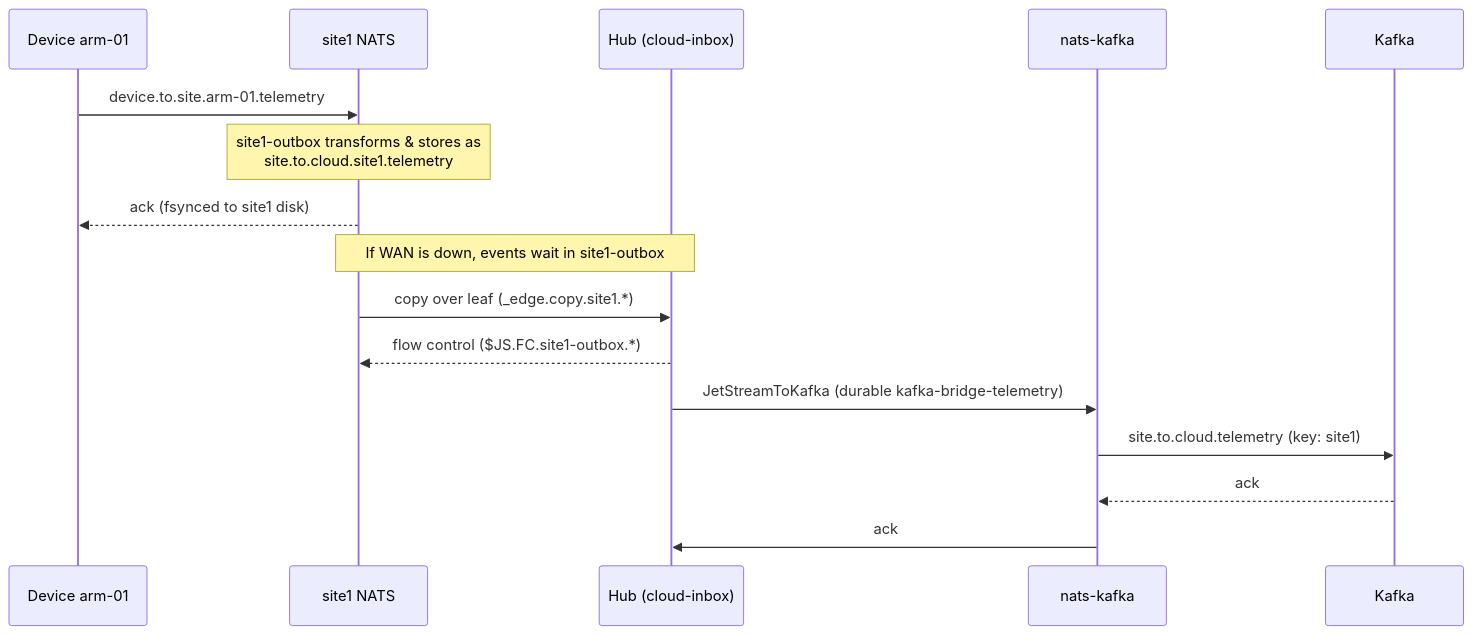
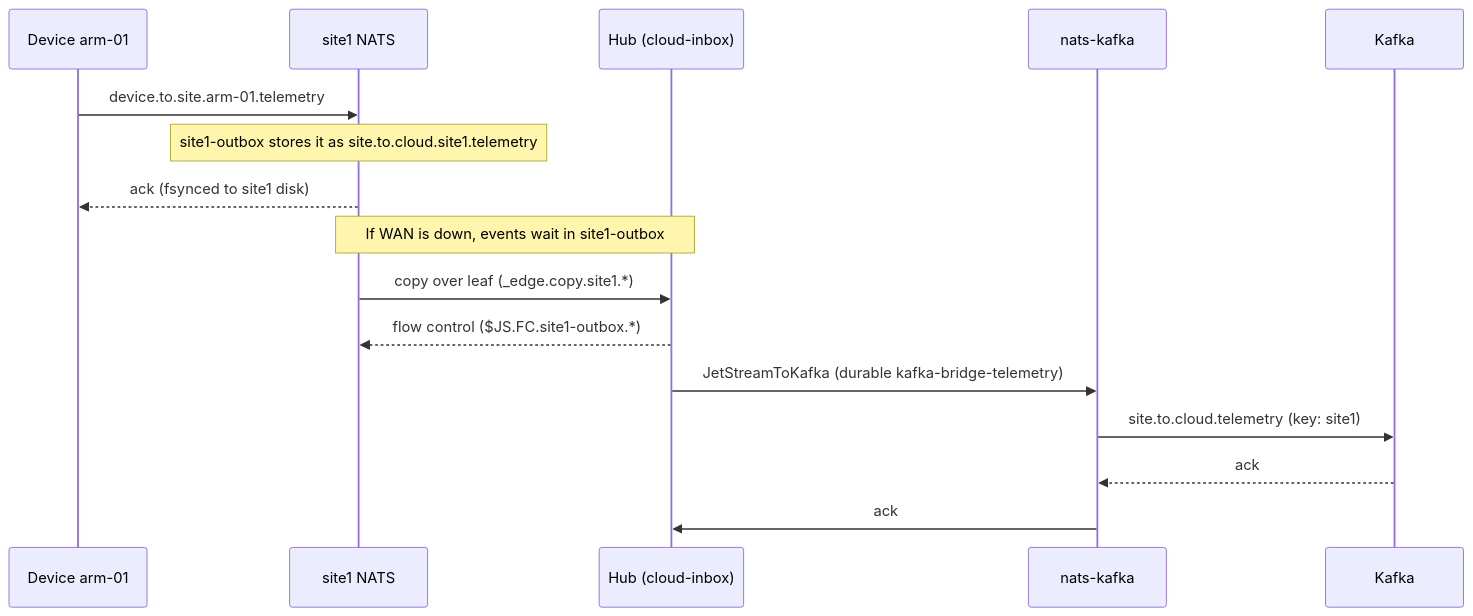
Before and after one commit to jinternals/nats-demo: the third of 4 diagrams in pattern-a-cloud-hub/README.md, drawn with Mermaid. The commit also changed other lines of this file and 1 other file, not shown here.

Commit message:
Fix Mermaid sequenceDiagram syntax in Pattern A and Pattern B READMEs

````diff
--- a/pattern-a-cloud-hub/README.md
+++ b/pattern-a-cloud-hub/README.md
@@ -128,19 +128,19 @@
 ```mermaid
 sequenceDiagram
   participant D as Device arm-01
   participant S as site1 NATS
   participant H as Hub (cloud-inbox)
   participant B as nats-kafka
   participant K as Kafka
 
   D->>S: device.to.site.arm-01.telemetry
-  Note over S: site1-outbox transforms & stores as<br/>site.to.cloud.site1.telemetry
+  Note over S: site1-outbox stores it as site.to.cloud.site1.telemetry
   S-->>D: ack (fsynced to site1 disk)
   Note over S,H: If WAN is down, events wait in site1-outbox
   S->>H: copy over leaf (_edge.copy.site1.*)
   H-->>S: flow control ($JS.FC.site1-outbox.*)
   H->>B: JetStreamToKafka (durable kafka-bridge-telemetry)
   B->>K: site.to.cloud.telemetry (key: site1)
   K-->>B: ack
   B->>H: ack
 ```
````
